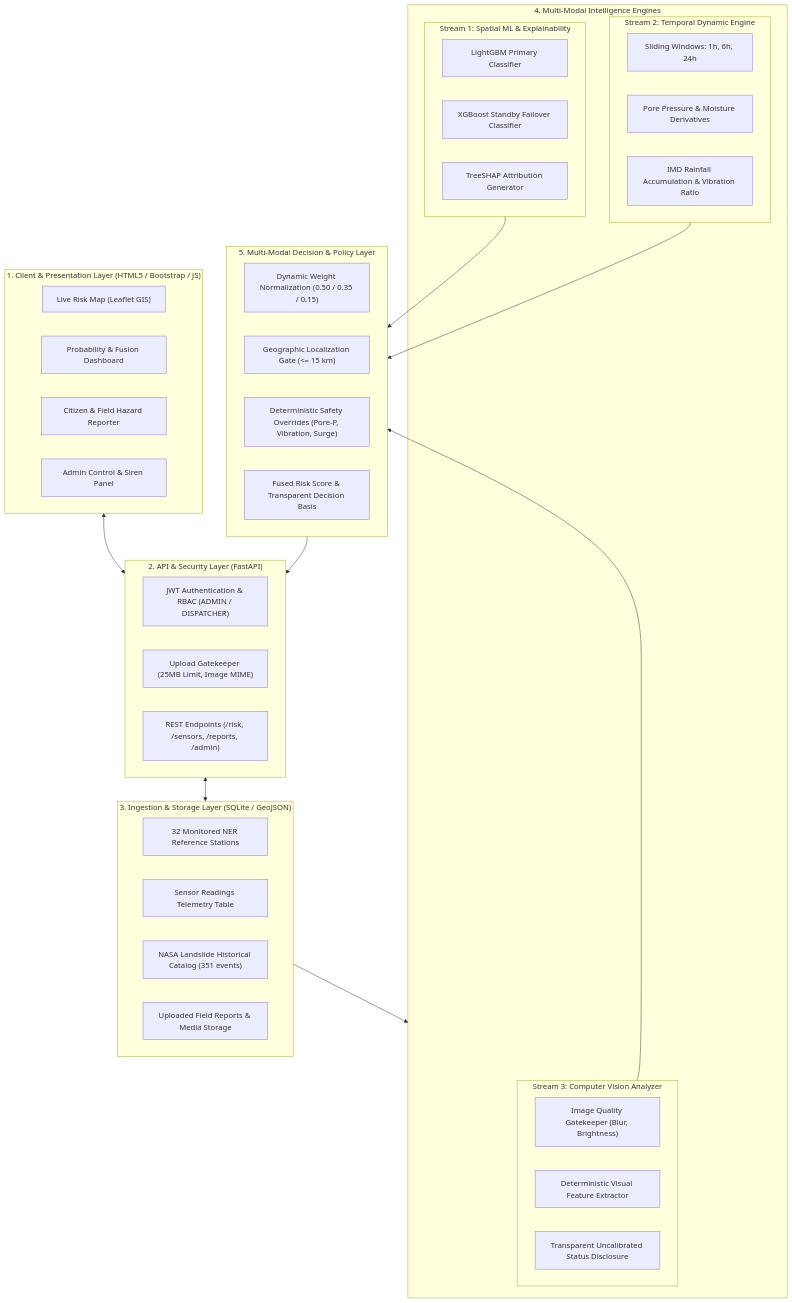
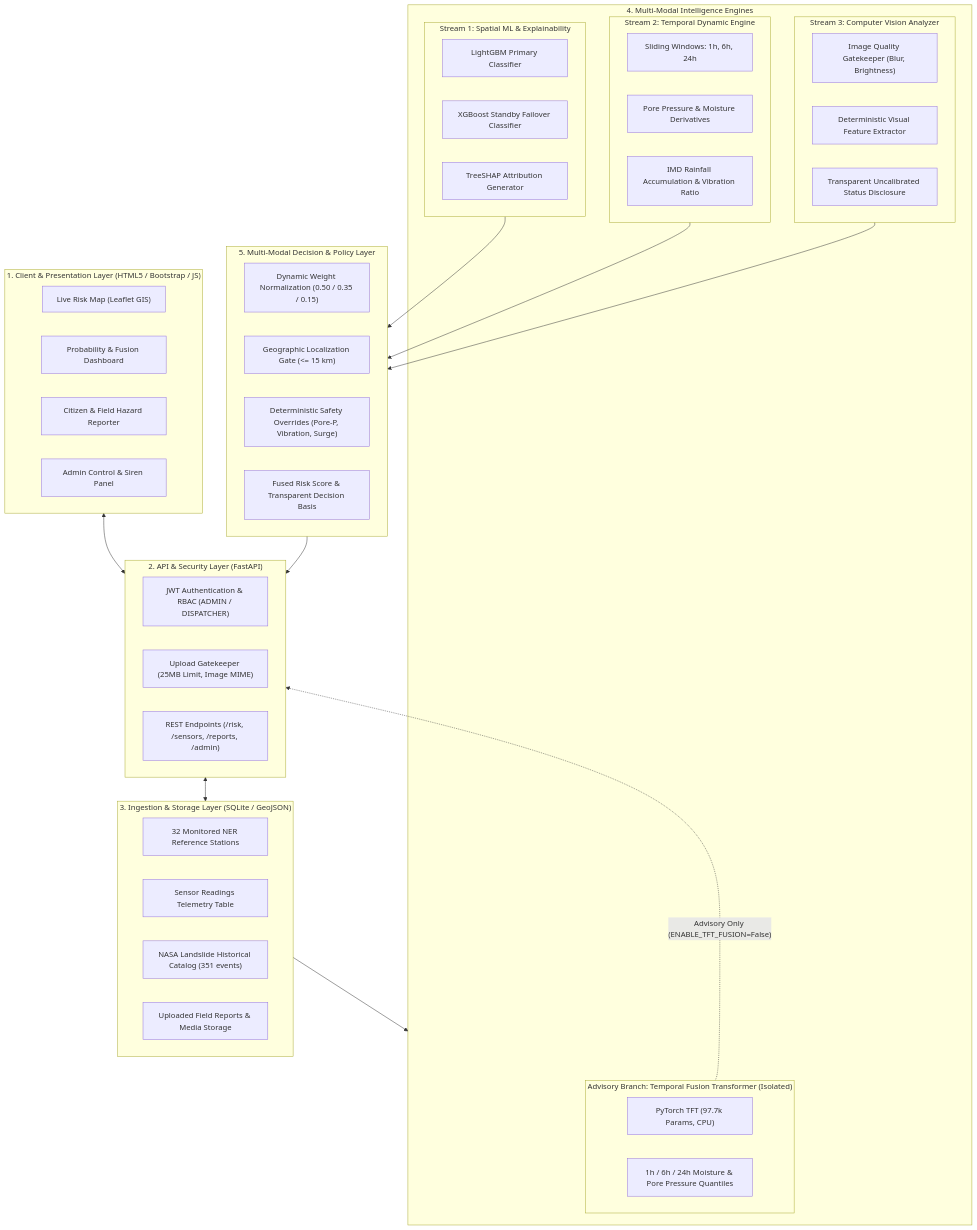
One commit to yoogy-srinivash/terra-watch-NER changed the diagram in ARCHITECTURE.md. Above: the diagram before and after it, drawn with Mermaid. The commit also changed other lines of this file and 4 other files, not shown here.

````diff
--- a/ARCHITECTURE.md
+++ b/ARCHITECTURE.md
@@ -22,57 +22,63 @@
 ```mermaid
 flowchart TD
     subgraph UI["1. Client & Presentation Layer (HTML5 / Bootstrap / JS)"]
         A1["Live Risk Map (Leaflet GIS)"]
         A2["Probability & Fusion Dashboard"]
         A3["Citizen & Field Hazard Reporter"]
         A4["Admin Control & Siren Panel"]
     end
 
     subgraph API["2. API & Security Layer (FastAPI)"]
         B1["JWT Authentication & RBAC (ADMIN / DISPATCHER)"]
         B2["Upload Gatekeeper (25MB Limit, Image MIME)"]
         B3["REST Endpoints (/risk, /sensors, /reports, /admin)"]
     end
 
     subgraph INGEST["3. Ingestion & Storage Layer (SQLite / GeoJSON)"]
         C1["32 Monitored NER Reference Stations"]
         C2["Sensor Readings Telemetry Table"]
         C3["NASA Landslide Historical Catalog (351 events)"]
         C4["Uploaded Field Reports & Media Storage"]
     end
 
     subgraph ENGINES["4. Multi-Modal Intelligence Engines"]
         subgraph STREAM1["Stream 1: Spatial ML & Explainability"]
             D1["LightGBM Primary Classifier"]
             D2["XGBoost Standby Failover Classifier"]
             D3["TreeSHAP Attribution Generator"]
         end
 
         subgraph STREAM2["Stream 2: Temporal Dynamic Engine"]
             E1["Sliding Windows: 1h, 6h, 24h"]
             E2["Pore Pressure & Moisture Derivatives"]
             E3["IMD Rainfall Accumulation & Vibration Ratio"]
         end
 
         subgraph STREAM3["Stream 3: Computer Vision Analyzer"]
             F1["Image Quality Gatekeeper (Blur, Brightness)"]
             F2["Deterministic Visual Feature Extractor"]
             F3["Transparent Uncalibrated Status Disclosure"]
         end
+
+        subgraph ADVISORY["Advisory Branch: Temporal Fusion Transformer (Isolated)"]
+            T1["PyTorch TFT (97.7k Params, CPU)"]
+            T2["1h / 6h / 24h Moisture & Pore Pressure Quantiles"]
+        end
     end
 
     subgraph FUSION["5. Multi-Modal Decision & Policy Layer"]
         G1["Dynamic Weight Normalization (0.50 / 0.35 / 0.15)"]
         G2["Geographic Localization Gate (<= 15 km)"]
         G3["Deterministic Safety Overrides (Pore-P, Vibration, Surge)"]
         G4["Fused Risk Score & Transparent Decision Basis"]
     end
 
     UI <--> API
     API <--> INGEST
     INGEST --> ENGINES
     STREAM1 --> FUSION
     STREAM2 --> FUSION
     STREAM3 --> FUSION
     FUSION --> API
+    ADVISORY -.->|"Advisory Only (ENABLE_TFT_FUSION=False)"| API
 ```
````
